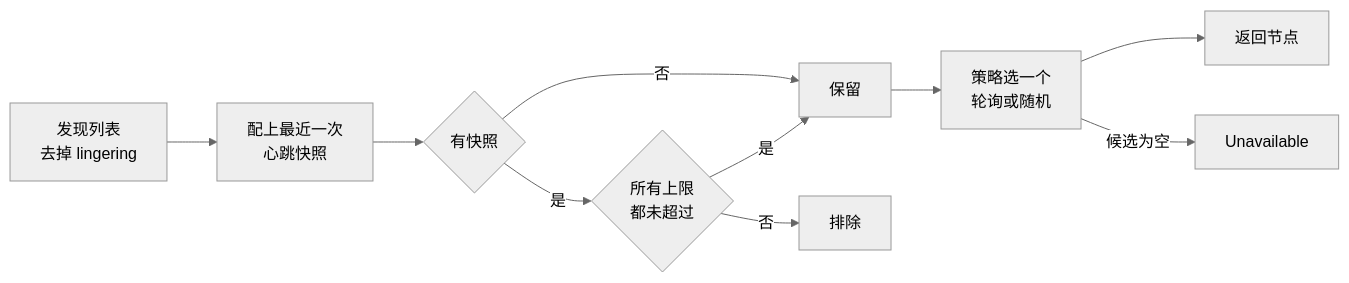
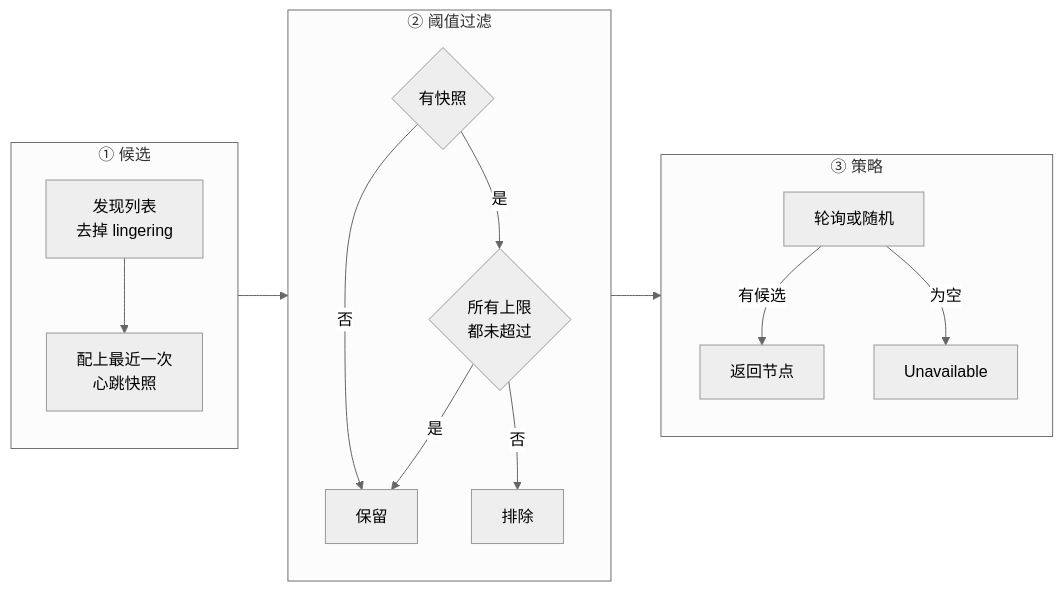
Before and after one commit to AustinJiangg/ai-books: the first of 2 diagrams in agentenv/56-scheduler.md, drawn with Mermaid (neutral theme). The commit also changed 3 other files, not shown here.

````diff
--- a/agentenv/56-scheduler.md
+++ b/agentenv/56-scheduler.md
@@ -46,12 +46,21 @@
 ```mermaid
 flowchart LR
-    A["发现列表<br/>去掉 lingering"] --> B["配上最近一次<br/>心跳快照"]
-    B --> C{"有快照"}
-    C -->|"否"| K["保留"]
-    C -->|"是"| D{"所有上限<br/>都未超过"}
-    D -->|"是"| K
-    D -->|"否"| X["排除"]
-    K --> S["策略选一个<br/>轮询或随机"]
-    S --> N["返回节点"]
-    S -->|"候选为空"| U["Unavailable"]
+    subgraph P1["① 候选"]
+        direction TB
+        A["发现列表<br/>去掉 lingering"] --> B["配上最近一次<br/>心跳快照"]
+    end
+    subgraph P2["② 阈值过滤"]
+        direction TB
+        C{"有快照"} -->|"是"| D{"所有上限<br/>都未超过"}
+        C -->|"否"| K["保留"]
+        D -->|"是"| K
+        D -->|"否"| X["排除"]
+    end
+    subgraph P3["③ 策略"]
+        direction TB
+        S["轮询或随机"] -->|"有候选"| N["返回节点"]
+        S -->|"为空"| U["Unavailable"]
+    end
+    B --> C
+    K --> S
 ```
````
